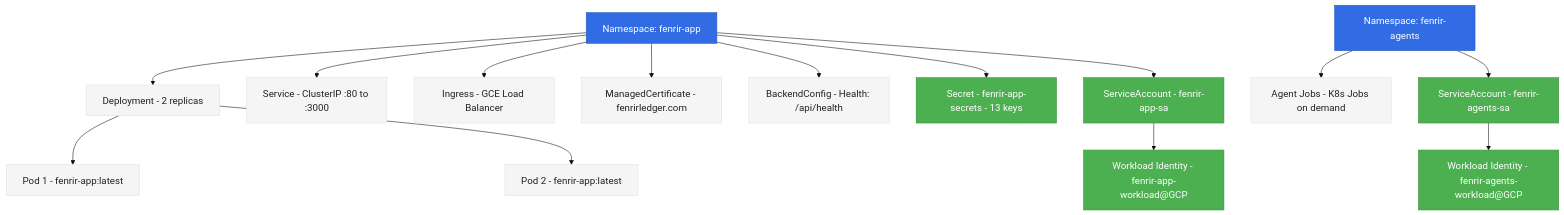
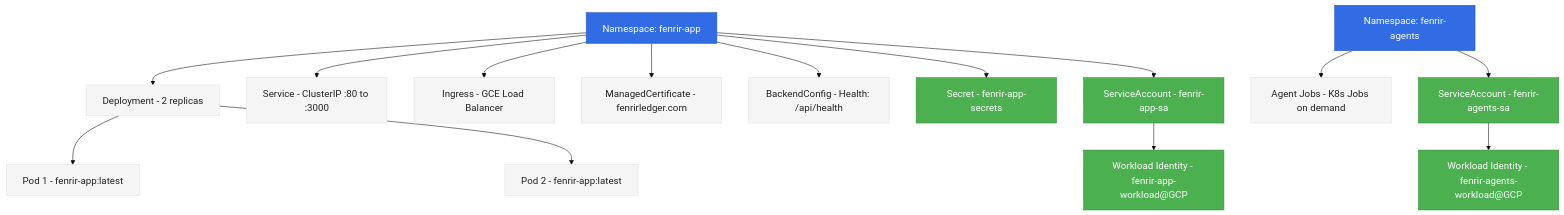
Before and after one commit to declanshanaghy/fenrir-ledger: the second of 9 diagrams in architecture/system-design.md, drawn with Mermaid. The commit also changed other lines of this file and 11 other files, not shown here.

````diff
--- a/architecture/system-design.md
+++ b/architecture/system-design.md
@@ -65,38 +65,38 @@
 ```mermaid
 %%{init: {'theme': 'base', 'themeVariables': {'fontSize': '18px'}}}%%
 graph TD
     classDef ns fill:#326CE5,stroke:#2558B1,color:#FFF
     classDef resource fill:#F5F5F5,stroke:#E0E0E0,color:#212121
     classDef config fill:#4CAF50,stroke:#388E3C,color:#FFF
 
     ns_app[Namespace: fenrir-app] --> deploy[Deployment - 2 replicas]
     deploy --> pod1[Pod 1 - fenrir-app:latest]
     deploy --> pod2[Pod 2 - fenrir-app:latest]
     ns_app --> svc[Service - ClusterIP :80 to :3000]
     ns_app --> ingress[Ingress - GCE Load Balancer]
     ns_app --> cert[ManagedCertificate - fenrirledger.com]
     ns_app --> backend[BackendConfig - Health: /api/health]
-    ns_app --> secrets[Secret - fenrir-app-secrets - 13 keys]
+    ns_app --> secrets[Secret - fenrir-app-secrets]
     ns_app --> sa[ServiceAccount - fenrir-app-sa]
     sa --> wi[Workload Identity - fenrir-app-workload@GCP]
 
     ns_agents[Namespace: fenrir-agents] --> jobs[Agent Jobs - K8s Jobs on demand]
     ns_agents --> sa_agents[ServiceAccount - fenrir-agents-sa]
     sa_agents --> wi_agents[Workload Identity - fenrir-agents-workload@GCP]
 
     class ns_app ns
     class ns_agents ns
     class deploy resource
     class pod1 resource
     class pod2 resource
     class svc resource
     class ingress resource
     class cert resource
     class backend resource
     class secrets config
     class sa config
     class wi config
     class jobs resource
     class sa_agents config
     class wi_agents config
 ```
````
